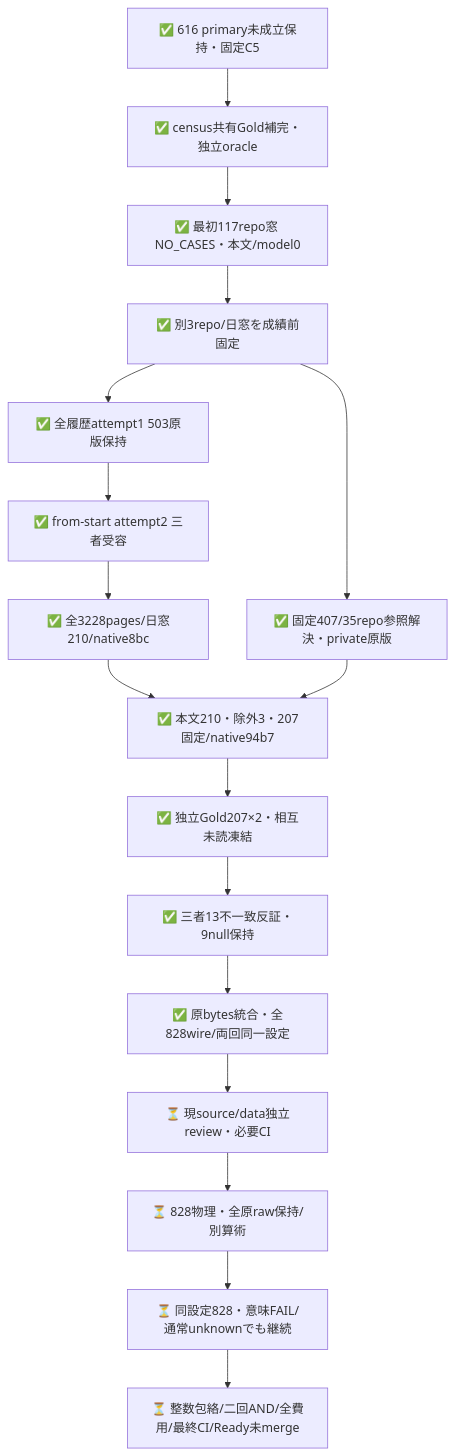
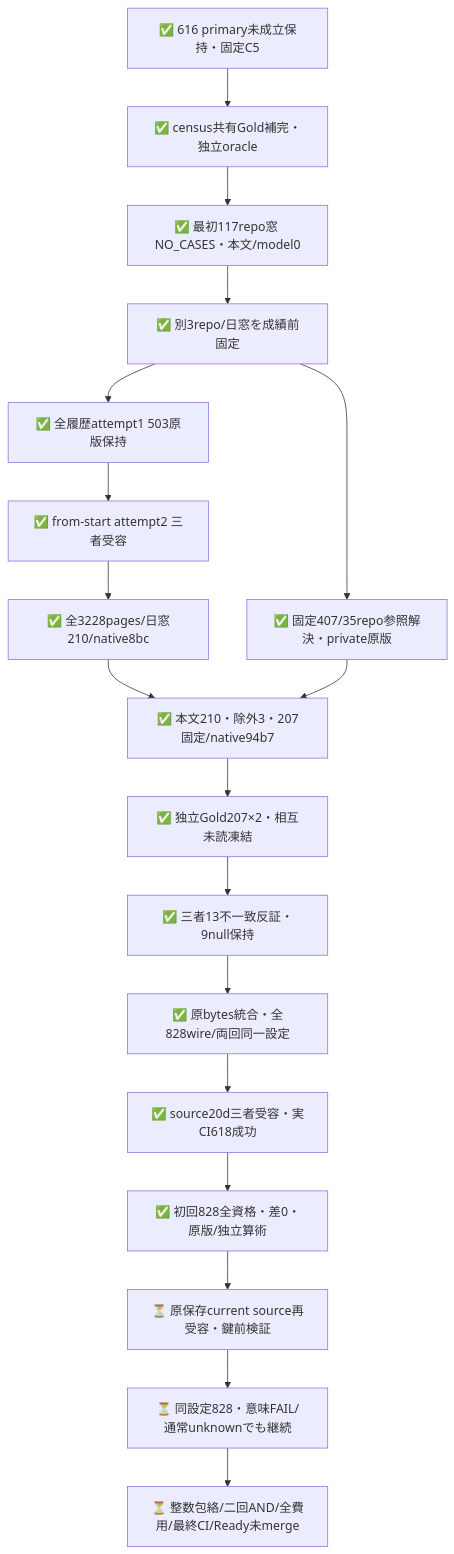
Before and after one commit to roccho-org/ops: the second of 2 diagrams in experiments/sys1-eval-loop/census/README.md, drawn with Mermaid. The commit also changed other lines of this file and 9 other files, not shown here.

````diff
--- a/experiments/sys1-eval-loop/census/README.md
+++ b/experiments/sys1-eval-loop/census/README.md
@@ -100,19 +110,20 @@
 ```mermaid
 flowchart TB
   OLD[✅ 616 primary未成立保持・固定C5] --> MATH[✅ census共有Gold補完・独立oracle]
   MATH --> ZERO[✅ 最初117repo窓 NO_CASES・本文/model0]
   ZERO --> SCOPE[✅ 別3repo/日窓を成績前固定]
   SCOPE --> FAIL[✅ 全履歴attempt1 503原版保持]
   FAIL --> RECOVERY[✅ from-start attempt2 三者受容]
   RECOVERY --> META[✅ 全3228pages/日窓210/native8bc]
   SCOPE --> PRIOR[✅ 固定407/35repo参照解決・private原版]
   META --> BODY[✅ 本文210・除外3・207固定/native94b7]
   PRIOR --> BODY
   BODY --> INITIAL[✅ 独立Gold207×2・相互未読凍結]
   INITIAL --> GOLD[✅ 三者13不一致反証・9null保持]
   GOLD --> DATA[✅ 原bytes統合・全828wire/両回同一設定]
-  DATA --> REVIEW[⏳ 現source/data独立review・必要CI]
-  REVIEW --> H1[⏳ 828物理・全原raw保持/別算術]
-  H1 --> H2[⏳ 同設定828・意味FAIL/通常unknownでも継続]
+  DATA --> REVIEW[✅ source20d三者受容・実CI618成功]
+  REVIEW --> H1[✅ 初回828全資格・差0・原版/独立算術]
+  H1 --> CLOSED[⏳ 原保存current source再受容・鍵前検証]
+  CLOSED --> H2[⏳ 同設定828・意味FAIL/通常unknownでも継続]
   H2 --> END[⏳ 整数包絡/二回AND/全費用/最終CI/Ready未merge]
 ```
````
